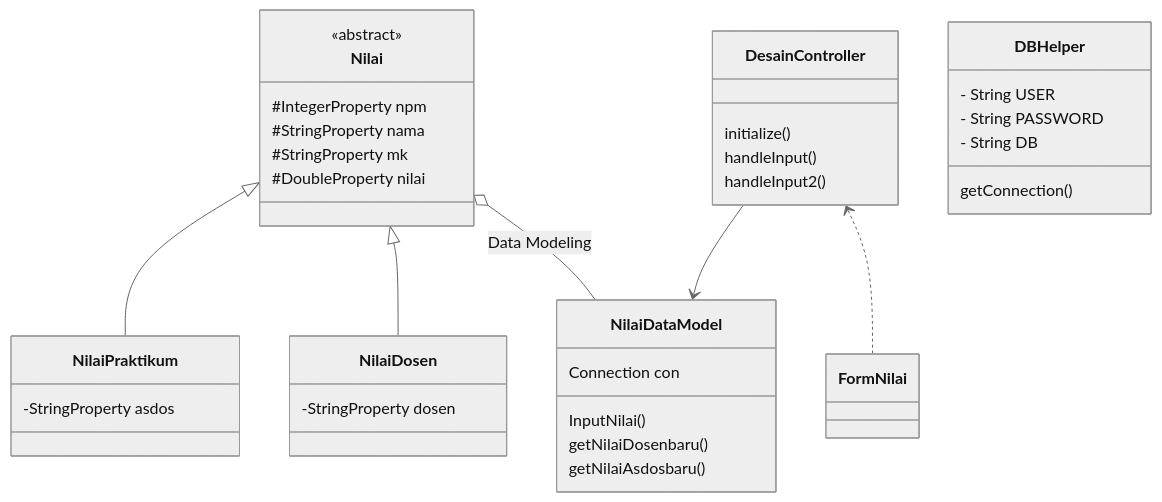
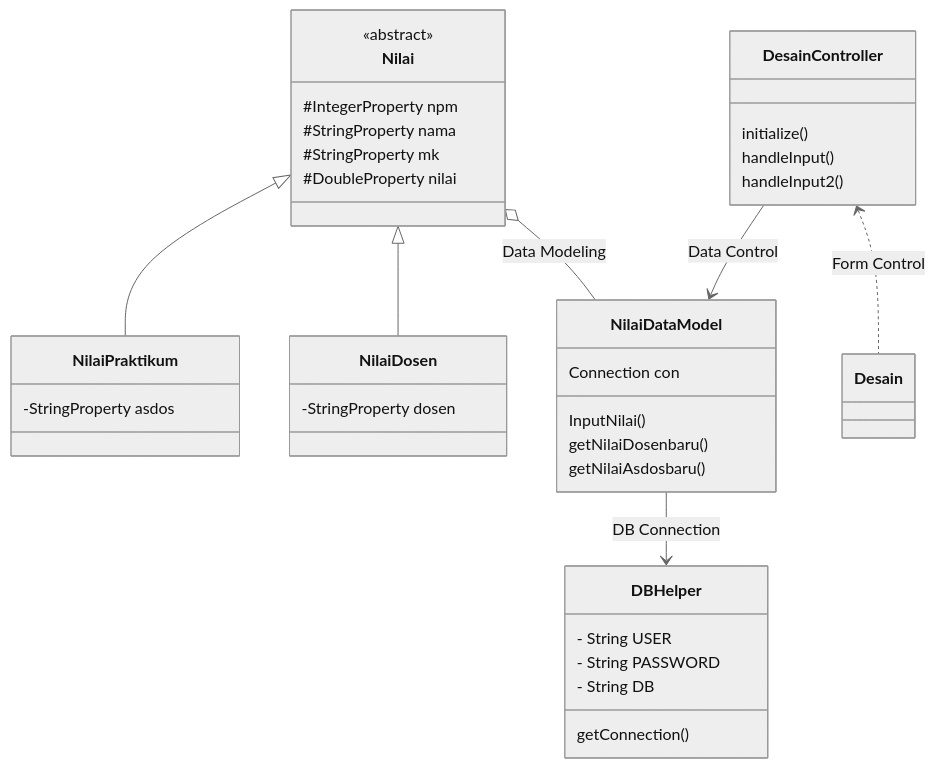
One commit to fikriaslamt/Tugas-Akhir-PBO changed the diagram in README.md. Above: the diagram before and after it, drawn with Mermaid (neutral theme). The commit also changed other lines of this file, not shown here.

````diff
--- a/README.md
+++ b/README.md
@@ -8,39 +11,40 @@
 ```mermaid
 classDiagram
     Nilai <|-- NilaiPraktikum
     Nilai <|-- NilaiDosen
     Nilai o-- NilaiDataModel : Data Modeling
-    DesainController --> NilaiDataModel
-    DesainController <.. FormNilai
+    DesainController --> NilaiDataModel : Data Control
+    NilaiDataModel --> DBHelper : DB Connection
+    DesainController <.. Desain : Form Control
 
     class Nilai{
         <<abstract>>
         #IntegerProperty npm
         #StringProperty nama
         #StringProperty mk
         #DoubleProperty nilai
     }
     class NilaiPraktikum{
         -StringProperty asdos
     }
     class NilaiDosen{
         -StringProperty dosen
     }
     class NilaiDataModel{
         Connection con
         InputNilai()
         getNilaiDosenbaru()
         getNilaiAsdosbaru()
     }
     class DesainController{
         initialize()
         handleInput()
         handleInput2()
     }
     class DBHelper{
         - String USER
         - String PASSWORD
         - String DB
         getConnection()
     }
 ```
````
